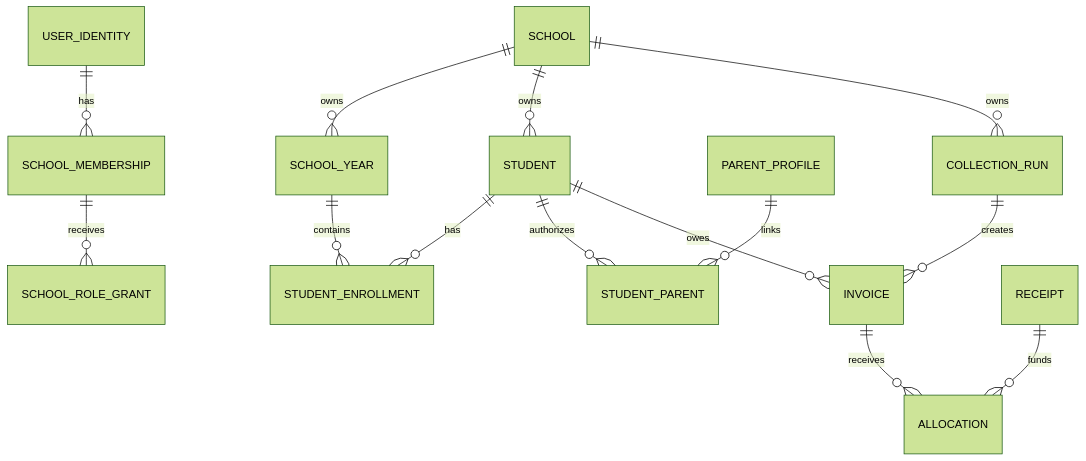
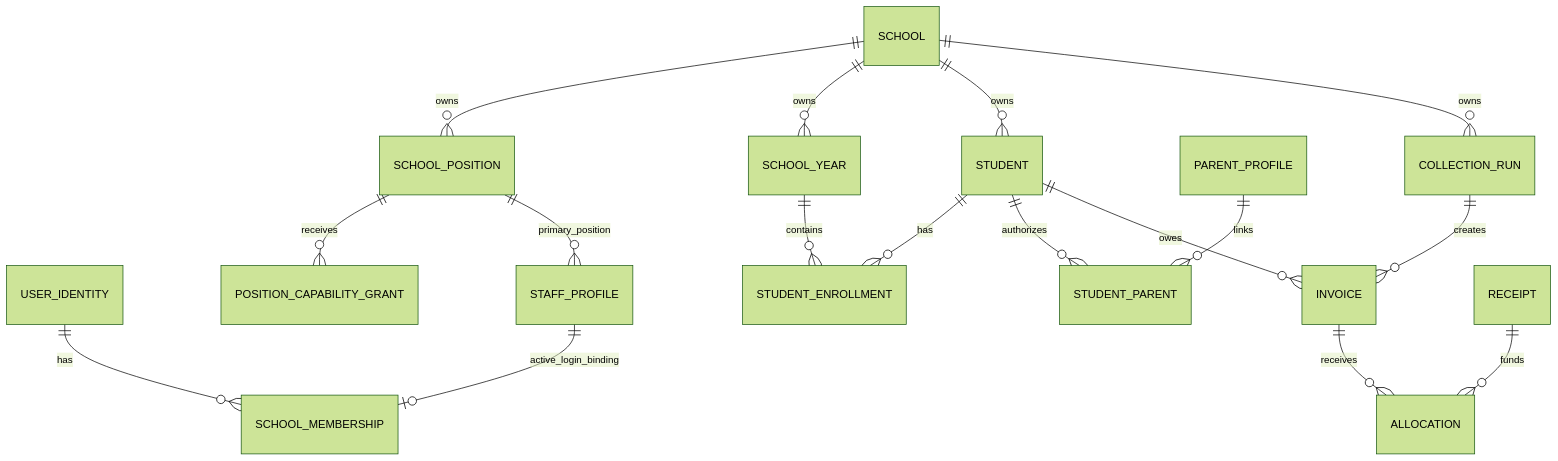
One commit to tonytippi/anhhoa changed the third of 4 diagrams in _bmad-output/planning-artifacts/architecture/architecture-passionedu-2026-09-04/ARCHITECTURE-SPINE.md. Above: the diagram before and after it, drawn with Mermaid (forest theme). The commit also changed other lines of this file and 23 other files, not shown here.

````diff
--- a/_bmad-output/planning-artifacts/architecture/architecture-passionedu-2026-09-04/ARCHITECTURE-SPINE.md
+++ b/_bmad-output/planning-artifacts/architecture/architecture-passionedu-2026-09-04/ARCHITECTURE-SPINE.md
@@ -227,16 +238,19 @@
 ```mermaid
 erDiagram
   USER_IDENTITY ||--o{ SCHOOL_MEMBERSHIP : has
-  SCHOOL_MEMBERSHIP ||--o{ SCHOOL_ROLE_GRANT : receives
+  SCHOOL ||--o{ SCHOOL_POSITION : owns
+  SCHOOL_POSITION ||--o{ POSITION_CAPABILITY_GRANT : receives
+  SCHOOL_POSITION ||--o{ STAFF_PROFILE : primary_position
+  STAFF_PROFILE ||--o| SCHOOL_MEMBERSHIP : active_login_binding
   SCHOOL ||--o{ SCHOOL_YEAR : owns
   SCHOOL ||--o{ STUDENT : owns
   SCHOOL_YEAR ||--o{ STUDENT_ENROLLMENT : contains
   STUDENT ||--o{ STUDENT_ENROLLMENT : has
   PARENT_PROFILE ||--o{ STUDENT_PARENT : links
   STUDENT ||--o{ STUDENT_PARENT : authorizes
   SCHOOL ||--o{ COLLECTION_RUN : owns
   COLLECTION_RUN ||--o{ INVOICE : creates
   STUDENT ||--o{ INVOICE : owes
   INVOICE ||--o{ ALLOCATION : receives
   RECEIPT ||--o{ ALLOCATION : funds
 ```
````
